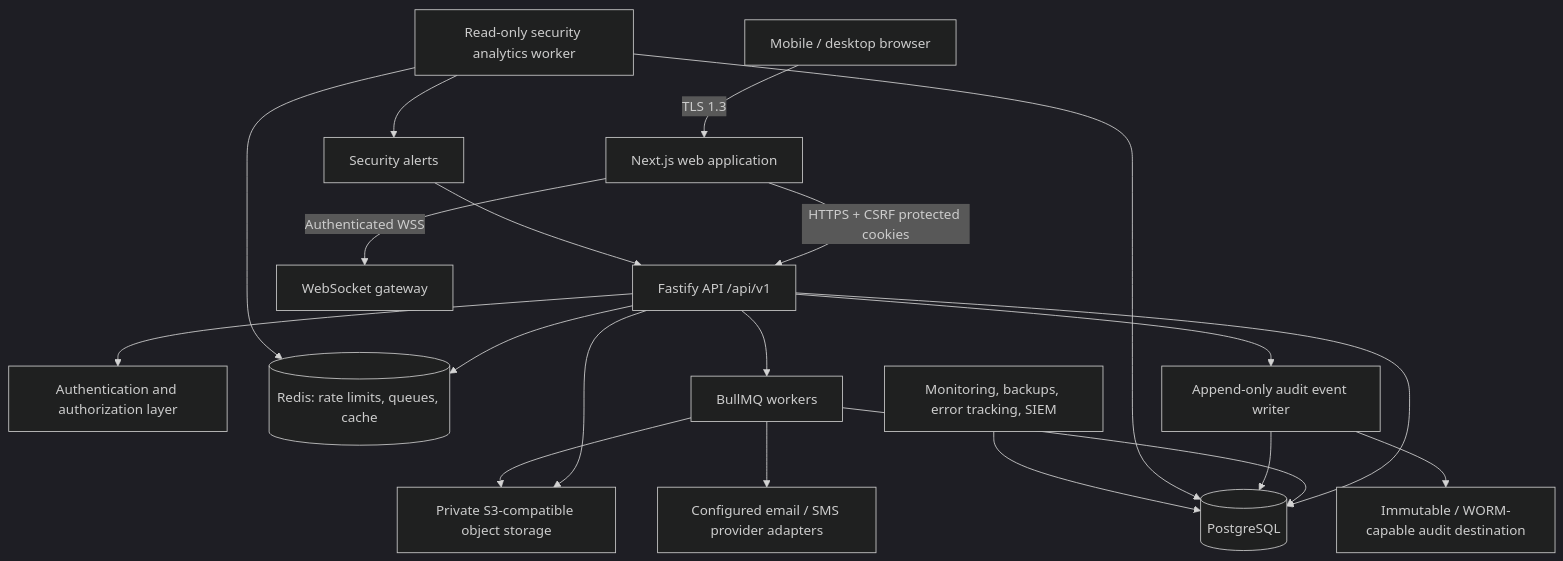
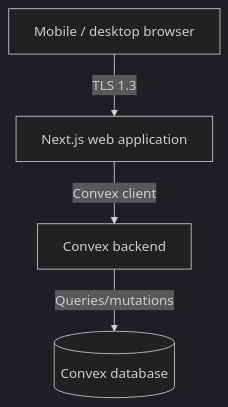
The diagram in docs/01-foundation-architecture.md (VonDonald051/chama), drawn with Mermaid (dark theme) before and after one commit. The commit also changed other lines of this file and 28 other files, not shown here.

Commit message:
refactor: remove PostgreSQL/Prisma, migrate to Convex-only backend

````diff
--- a/docs/01-foundation-architecture.md
+++ b/docs/01-foundation-architecture.md
@@ -8,22 +8,6 @@
 ```mermaid
 flowchart TB
   U[Mobile / desktop browser] -->|TLS 1.3| W[Next.js web application]
-  W -->|HTTPS + CSRF protected cookies| A[Fastify API /api/v1]
-  W -->|Authenticated WSS| WS[WebSocket gateway]
-  A --> AU[Authentication and authorization layer]
-  A --> D[(PostgreSQL)]
-  A --> R[(Redis: rate limits, queues, cache)]
-  A --> O[Private S3-compatible object storage]
-  A --> Q[BullMQ workers]
-  Q --> D
-  Q --> O
-  Q --> N[Configured email / SMS provider adapters]
-  A --> L[Append-only audit event writer]
-  L --> D
-  L --> I[Immutable / WORM-capable audit destination]
-  SEC[Read-only security analytics worker] --> D
-  SEC --> R
-  SEC --> AL[Security alerts]
-  AL --> A
-  OPS[Monitoring, backups, error tracking, SIEM] --> D
+  W -->|Convex client| C[Convex backend]
+  C -->|Queries/mutations| D[(Convex database)]
 ```
````
